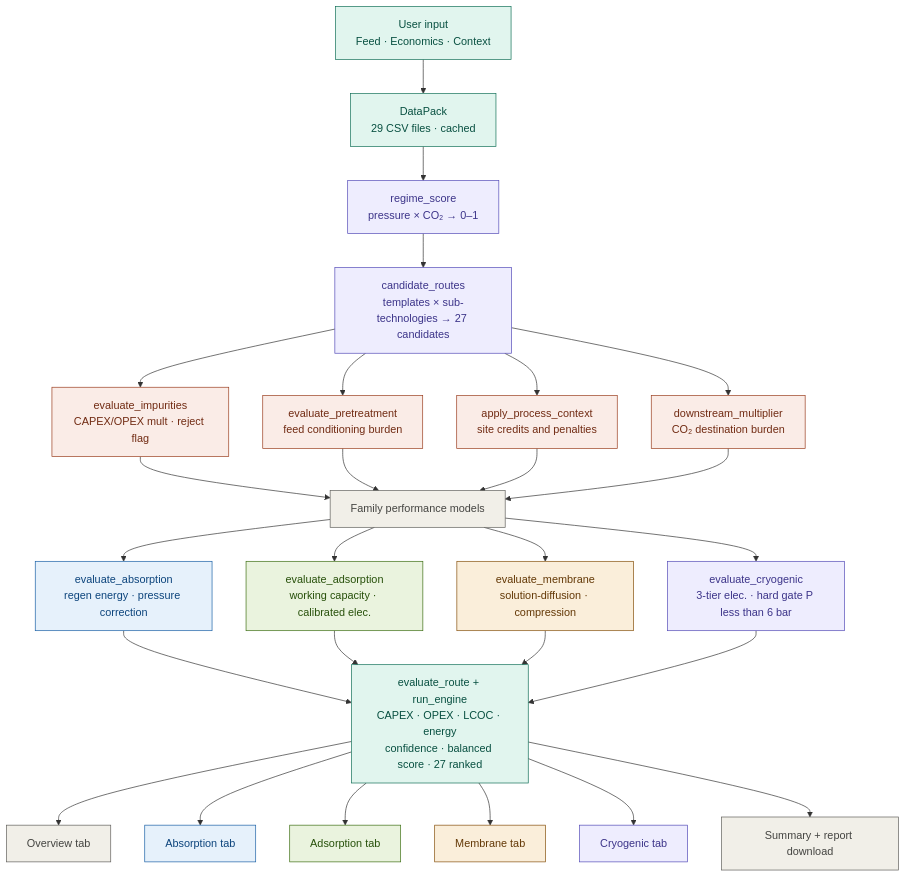
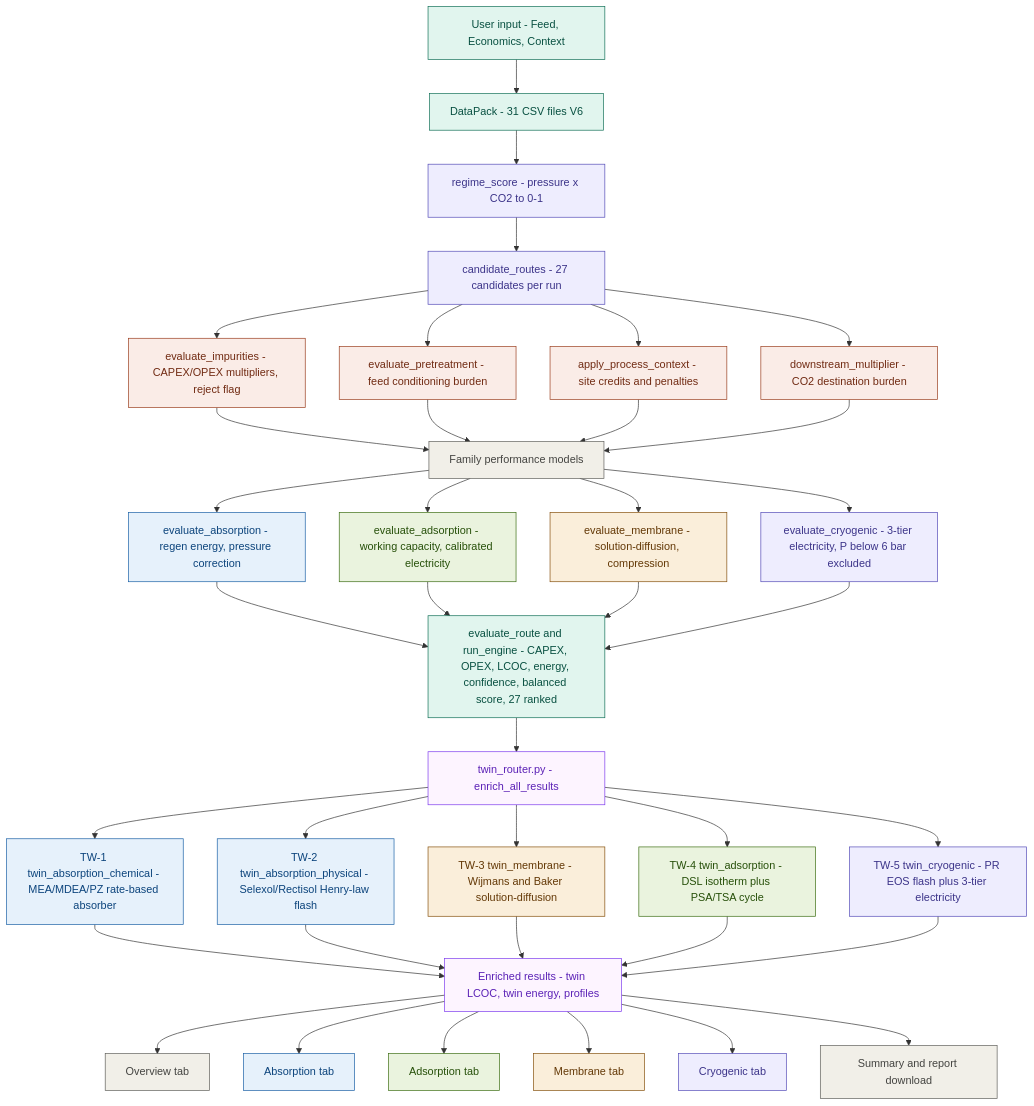
Before and after one commit to haroonalkasim/Screening-Tool-TEA-for-Carbon-Capture-: the diagram in README.md, drawn with Mermaid. The commit also changed other lines of this file, not shown here.

````diff
--- a/README.md
+++ b/README.md
@@ -139,54 +153,74 @@
 ```mermaid
 graph TB
-    A[User input<br/>Feed · Economics · Context] --> B[DataPack<br/>29 CSV files · cached]
-    B --> C[regime_score<br/>pressure × CO₂ → 0–1]
-    C --> D[candidate_routes<br/>templates × sub-technologies → 27 candidates]
+    A[User input - Feed, Economics, Context] --> B[DataPack - 31 CSV files V6]
+    B --> C[regime_score - pressure x CO2 to 0-1]
+    C --> D[candidate_routes - 27 candidates per run]
 
-    D --> E1[evaluate_impurities<br/>CAPEX/OPEX mult · reject flag]
-    D --> E2[evaluate_pretreatment<br/>feed conditioning burden]
-    D --> E3[apply_process_context<br/>site credits and penalties]
-    D --> E4[downstream_multiplier<br/>CO₂ destination burden]
+    D --> E1[evaluate_impurities - CAPEX/OPEX multipliers, reject flag]
+    D --> E2[evaluate_pretreatment - feed conditioning burden]
+    D --> E3[apply_process_context - site credits and penalties]
+    D --> E4[downstream_multiplier - CO2 destination burden]
 
     E1 --> F[Family performance models]
     E2 --> F
     E3 --> F
     E4 --> F
 
-    F --> G1[evaluate_absorption<br/>regen energy · pressure correction]
-    F --> G2[evaluate_adsorption<br/>working capacity · calibrated elec.]
-    F --> G3[evaluate_membrane<br/>solution-diffusion · compression]
-    F --> G4[evaluate_cryogenic<br/>3-tier elec. · hard gate P less than 6 bar]
+    F --> G1[evaluate_absorption - regen energy, pressure correction]
+    F --> G2[evaluate_adsorption - working capacity, calibrated electricity]
+    F --> G3[evaluate_membrane - solution-diffusion, compression]
+    F --> G4[evaluate_cryogenic - 3-tier electricity, P below 6 bar excluded]
 
-    G1 --> H[evaluate_route + run_engine<br/>CAPEX · OPEX · LCOC · energy<br/>confidence · balanced score · 27 ranked]
+    G1 --> H[evaluate_route and run_engine - CAPEX, OPEX, LCOC, energy, confidence, balanced score, 27 ranked]
     G2 --> H
     G3 --> H
     G4 --> H
 
-    H --> I1[Overview tab]
-    H --> I2[Absorption tab]
-    H --> I3[Adsorption tab]
-    H --> I4[Membrane tab]
-    H --> I5[Cryogenic tab]
-    H --> I6[Summary + report download]
+    H --> R[twin_router.py - enrich_all_results]
+    R --> T1[TW-1 twin_absorption_chemical - MEA/MDEA/PZ rate-based absorber]
+    R --> T2[TW-2 twin_absorption_physical - Selexol/Rectisol Henry-law flash]
+    R --> T3[TW-3 twin_membrane - Wijmans and Baker solution-diffusion]
+    R --> T4[TW-4 twin_adsorption - DSL isotherm plus PSA/TSA cycle]
+    R --> T5[TW-5 twin_cryogenic - PR EOS flash plus 3-tier electricity]
+
+    T1 --> I[Enriched results - twin LCOC, twin energy, profiles]
+    T2 --> I
+    T3 --> I
+    T4 --> I
+    T5 --> I
+
+    I --> J1[Overview tab]
+    I --> J2[Absorption tab]
+    I --> J3[Adsorption tab]
+    I --> J4[Membrane tab]
+    I --> J5[Cryogenic tab]
+    I --> J6[Summary and report download]
 
     style A fill:#E1F5EE,stroke:#0F6E56,color:#085041
     style B fill:#E1F5EE,stroke:#0F6E56,color:#085041
     style C fill:#EEEDFE,stroke:#534AB7,color:#3C3489
     style D fill:#EEEDFE,stroke:#534AB7,color:#3C3489
     style E1 fill:#FAECE7,stroke:#993C1D,color:#712B13
     style E2 fill:#FAECE7,stroke:#993C1D,color:#712B13
     style E3 fill:#FAECE7,stroke:#993C1D,color:#712B13
     style E4 fill:#FAECE7,stroke:#993C1D,color:#712B13
     style F fill:#F1EFE8,stroke:#5F5E5A,color:#444441
     style G1 fill:#E6F1FB,stroke:#185FA5,color:#0C447C
     style G2 fill:#EAF3DE,stroke:#3B6D11,color:#27500A
     style G3 fill:#FAEEDA,stroke:#854F0B,color:#633806
     style G4 fill:#EEEDFE,stroke:#534AB7,color:#3C3489
     style H fill:#E1F5EE,stroke:#0F6E56,color:#085041
-    style I1 fill:#F1EFE8,stroke:#5F5E5A,color:#444441
-    style I2 fill:#E6F1FB,stroke:#185FA5,color:#0C447C
-    style I3 fill:#EAF3DE,stroke:#3B6D11,color:#27500A
-    style I4 fill:#FAEEDA,stroke:#854F0B,color:#633806
-    style I5 fill:#EEEDFE,stroke:#534AB7,color:#3C3489
-    style I6 fill:#F1EFE8,stroke:#5F5E5A,color:#444441
+    style R fill:#FDF4FF,stroke:#7C3AED,color:#5B21B6
+    style T1 fill:#E6F1FB,stroke:#185FA5,color:#0C447C
+    style T2 fill:#E6F1FB,stroke:#185FA5,color:#0C447C
+    style T3 fill:#FAEEDA,stroke:#854F0B,color:#633806
+    style T4 fill:#EAF3DE,stroke:#3B6D11,color:#27500A
+    style T5 fill:#EEEDFE,stroke:#534AB7,color:#3C3489
+    style I fill:#FDF4FF,stroke:#7C3AED,color:#5B21B6
+    style J1 fill:#F1EFE8,stroke:#5F5E5A,color:#444441
+    style J2 fill:#E6F1FB,stroke:#185FA5,color:#0C447C
+    style J3 fill:#EAF3DE,stroke:#3B6D11,color:#27500A
+    style J4 fill:#FAEEDA,stroke:#854F0B,color:#633806
+    style J5 fill:#EEEDFE,stroke:#534AB7,color:#3C3489
+    style J6 fill:#F1EFE8,stroke:#5F5E5A,color:#444441
 ```
````
